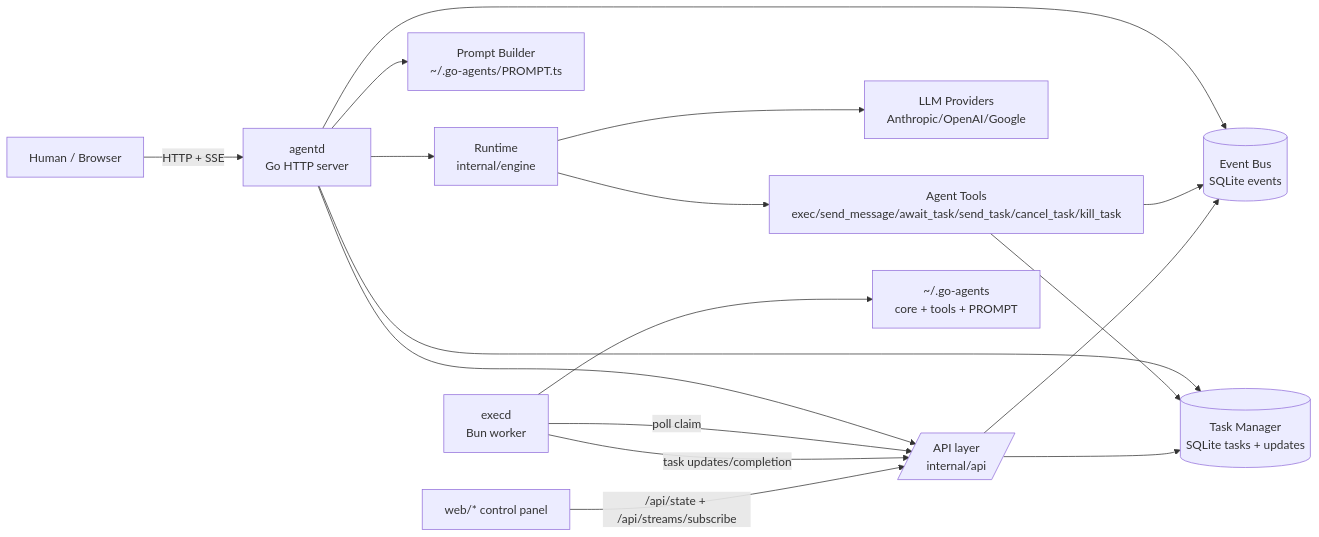
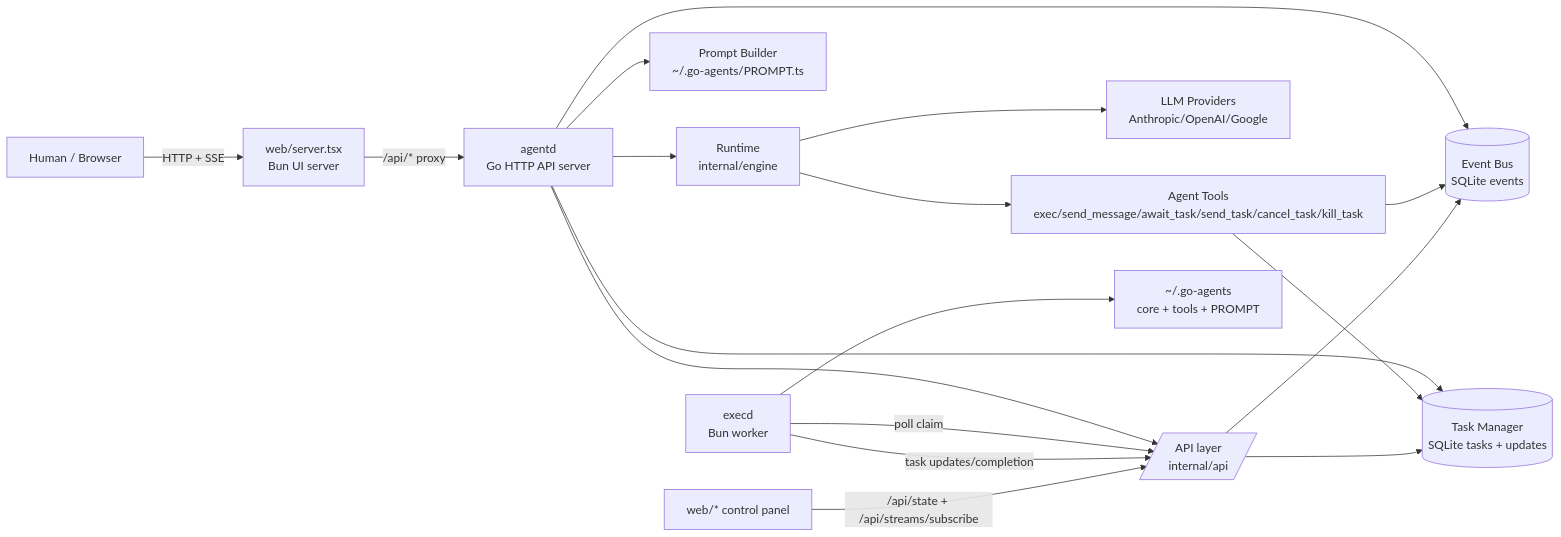
One commit to blixt/go-agents changed the first of 2 diagrams in ARCHITECTURE.md. Above: the diagram before and after it, drawn with Mermaid. The commit also changed other lines of this file and 25 other files, not shown here.

Commit message:
Migrate UI to Bun React+TS server and remove legacy static web stack

````diff
--- a/ARCHITECTURE.md
+++ b/ARCHITECTURE.md
@@ -18,19 +19,20 @@
 ```mermaid
 flowchart LR
-  Human[Human / Browser] -->|HTTP + SSE| Agentd[agentd\nGo HTTP server]
+  Human[Human / Browser] -->|HTTP + SSE| Web[web/server.tsx\nBun UI server]
+  Web -->|/api/* proxy| Agentd[agentd\nGo HTTP API server]
   Agentd --> API[/API layer\ninternal/api/]
   Agentd --> Runtime[Runtime\ninternal/engine]
   Agentd --> Bus[(Event Bus\nSQLite events)]
   Agentd --> Tasks[(Task Manager\nSQLite tasks + updates)]
   Agentd --> Prompt[Prompt Builder\n~/.go-agents/PROMPT.ts]
   Runtime --> LLM[LLM Providers\nAnthropic/OpenAI/Google]
   Runtime --> Tools[Agent Tools\nexec/send_message/await_task/send_task/cancel_task/kill_task]
   Tools --> Tasks
   Tools --> Bus
   Execd[execd\nBun worker] -->|poll claim| API
   Execd -->|task updates/completion| API
   Execd --> RuntimeHome[~/.go-agents\ncore + tools + PROMPT]
   API --> Bus
   API --> Tasks
   WebUI[web/* control panel] -->|/api/state + /api/streams/subscribe| API
 ```
````
